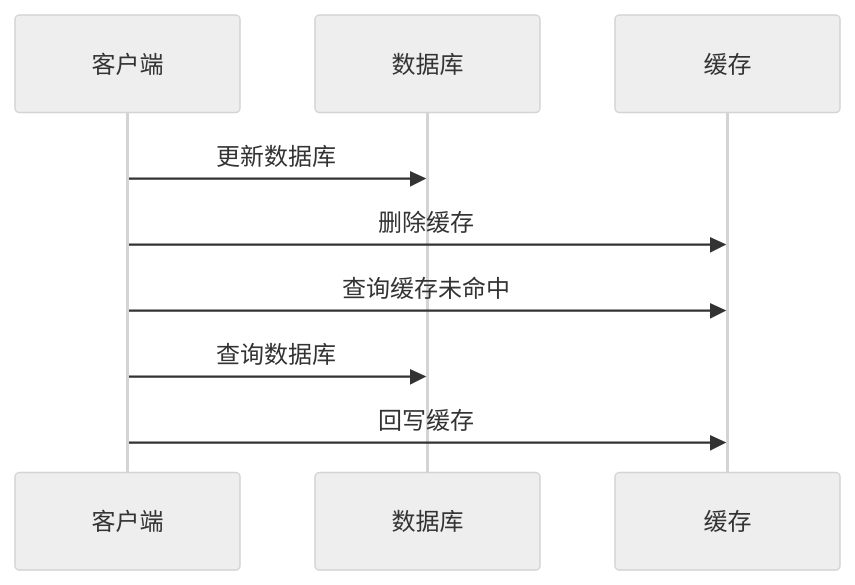
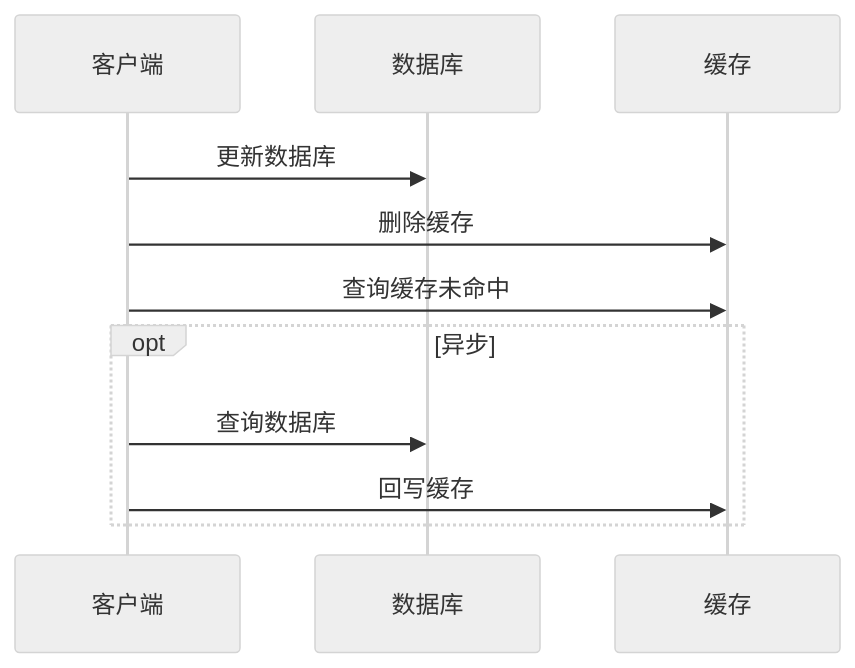
The first of 2 diagrams in doc/软件工程/架构/系统设计/缓存.md (0xcaffebabe/note), drawn with Mermaid (neutral theme) before and after one commit. The commit also changed other lines of this file, not shown here.

Commit message:
✏缓存

````diff
--- a/doc/软件工程/架构/系统设计/缓存.md
+++ b/doc/软件工程/架构/系统设计/缓存.md
@@ -123,8 +123,10 @@
 ```mermaid
 sequenceDiagram
   客户端 ->> 数据库: 更新数据库
   客户端 ->> 缓存: 删除缓存
   客户端 ->> 缓存: 查询缓存未命中
-  客户端 ->> 数据库: 查询数据库
-  客户端 ->> 缓存: 回写缓存
+  opt 异步
+    客户端 ->> 数据库: 查询数据库
+    客户端 ->> 缓存: 回写缓存
+  end
 ```
````
